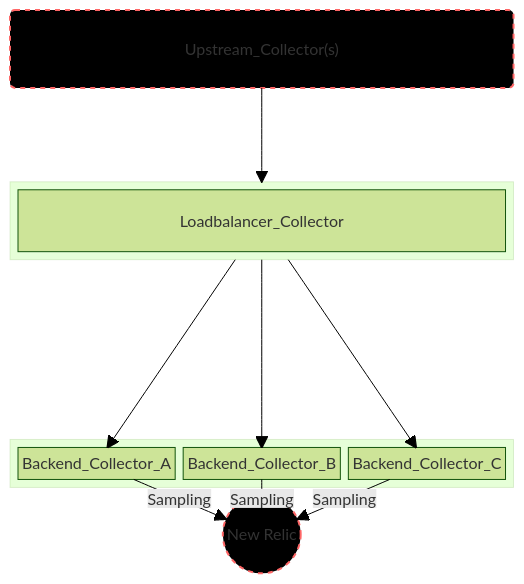
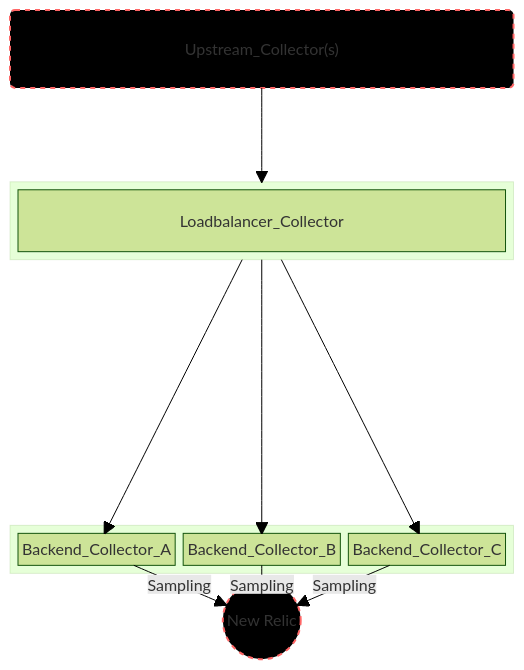
Before and after one commit to bpschmitt/opentelemetry-resources: the diagram in sampling/README.md, drawn with Mermaid (forest theme).

Commit message:
add space

````diff
--- a/sampling/README.md
+++ b/sampling/README.md
@@ -7,32 +7,33 @@
 ```mermaid
 block-beta
 columns 1
   block:Upstream
    Upstream("Upstream_Collector(s)")
   end
   space
   block:LB
     Loadbalancer_Collector
   end
+  space
   space
   space
   block:ID
     Backend_Collector_A
     Backend_Collector_B
     Backend_Collector_C
   end
   NR(("New Relic"))
 
   
   Upstream --> LB
   LB --> Backend_Collector_A
   LB --> Backend_Collector_B
   LB --> Backend_Collector_C
   Backend_Collector_A -- "Sampling" --> NR
   Backend_Collector_B -- "Sampling" --> NR
   Backend_Collector_C -- "Sampling" --> NR
 
   style Upstream fill:#000,stroke:#f66,stroke-width:2px,color:#fff,stroke-dasharray: 5 5
   style NR fill:#000,stroke:#f66,stroke-width:2px,color:#fff,stroke-dasharray: 5 5
   
 ```
````
